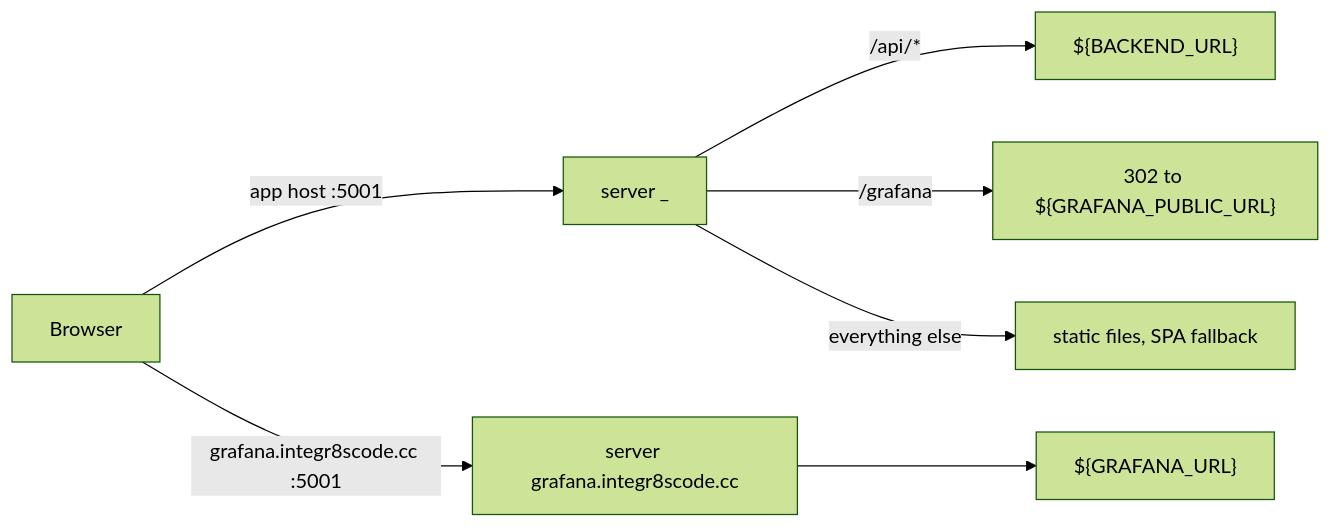
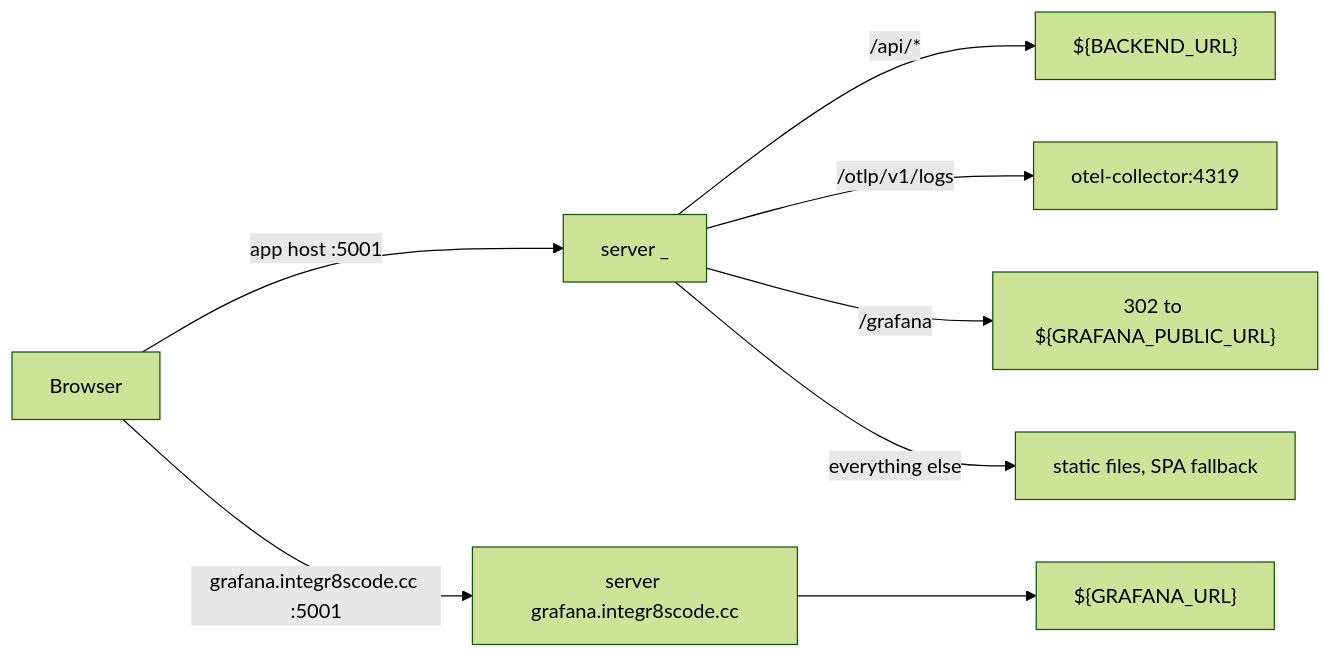
One commit to HardMax71/Integr8sCode changed the diagram in docs/operations/nginx-configuration.md. Above: the diagram before and after it, drawn with Mermaid (forest theme). The commit also changed other lines of this file and 11 other files, not shown here.

First line of the commit message:
feat: the browser's logs reach Loki over OTel, and the collector decides what to drop (#451)

````diff
--- a/docs/operations/nginx-configuration.md
+++ b/docs/operations/nginx-configuration.md
@@ -5,9 +5,10 @@
 ```mermaid
 flowchart LR
     Browser -->|"app host :5001"| App["server _"]
     Browser -->|"grafana.integr8scode.cc :5001"| G["server grafana.integr8scode.cc"]
     App -->|"/api/*"| Backend["${BACKEND_URL}"]
+    App -->|"/otlp/v1/logs"| Collector["otel-collector:4319"]
     App -->|"/grafana"| Redirect["302 to ${GRAFANA_PUBLIC_URL}"]
     App -->|"everything else"| Static["static files, SPA fallback"]
     G --> Grafana["${GRAFANA_URL}"]
 ```
````
